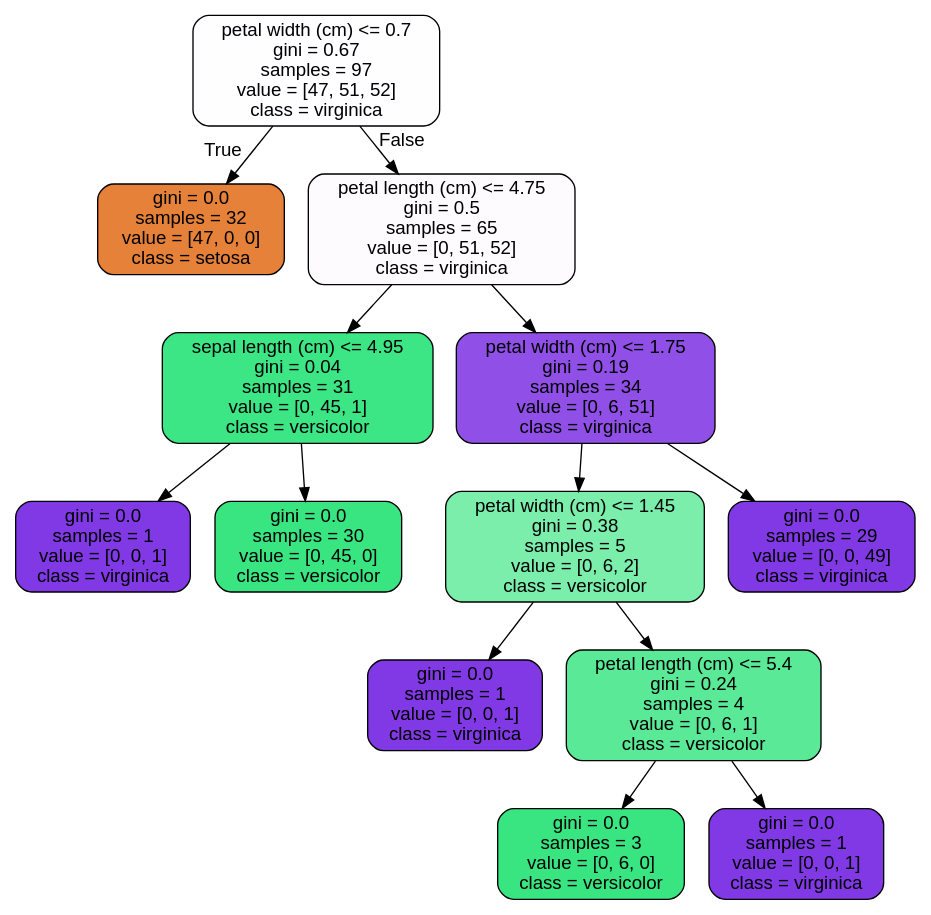
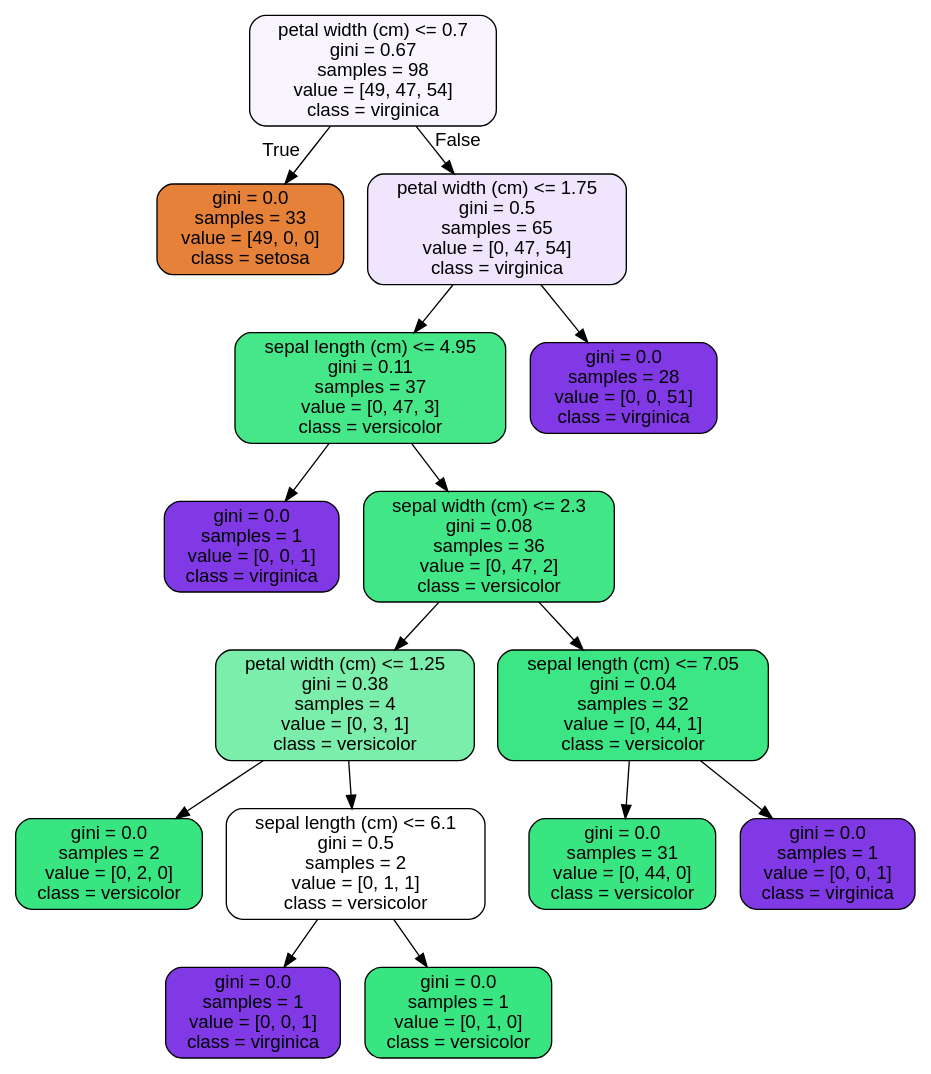
The diagram in tree.dot (willkchan/Random-Forest-Covid-Cases-Practice), drawn with Graphviz before and after one commit. The commit also changed 2 other files, not shown here.

```diff
--- a/tree.dot
+++ b/tree.dot
@@ -1,29 +1,33 @@
 digraph Tree {
 node [shape=box, style="filled, rounded", color="black", fontname=helvetica] ;
 edge [fontname=helvetica] ;
-0 [label="petal width (cm) <= 0.7\ngini = 0.67\nsamples = 97\nvalue = [47, 51, 52]\nclass = virginica", fillcolor="#fefdff"] ;
-1 [label="gini = 0.0\nsamples = 32\nvalue = [47, 0, 0]\nclass = setosa", fillcolor="#e58139"] ;
+0 [label="petal width (cm) <= 0.7\ngini = 0.67\nsamples = 98\nvalue = [49, 47, 54]\nclass = virginica", fillcolor="#f9f5fe"] ;
+1 [label="gini = 0.0\nsamples = 33\nvalue = [49, 0, 0]\nclass = setosa", fillcolor="#e58139"] ;
 0 -> 1 [labeldistance=2.5, labelangle=45, headlabel="True"] ;
-2 [label="petal length (cm) <= 4.75\ngini = 0.5\nsamples = 65\nvalue = [0, 51, 52]\nclass = virginica", fillcolor="#fdfbfe"] ;
+2 [label="petal width (cm) <= 1.75\ngini = 0.5\nsamples = 65\nvalue = [0, 47, 54]\nclass = virginica", fillcolor="#efe5fc"] ;
 0 -> 2 [labeldistance=2.5, labelangle=-45, headlabel="False"] ;
-3 [label="sepal length (cm) <= 4.95\ngini = 0.04\nsamples = 31\nvalue = [0, 45, 1]\nclass = versicolor", fillcolor="#3de684"] ;
+3 [label="sepal length (cm) <= 4.95\ngini = 0.11\nsamples = 37\nvalue = [0, 47, 3]\nclass = versicolor", fillcolor="#46e789"] ;
 2 -> 3 ;
 4 [label="gini = 0.0\nsamples = 1\nvalue = [0, 0, 1]\nclass = virginica", fillcolor="#8139e5"] ;
 3 -> 4 ;
-5 [label="gini = 0.0\nsamples = 30\nvalue = [0, 45, 0]\nclass = versicolor", fillcolor="#39e581"] ;
+5 [label="sepal width (cm) <= 2.3\ngini = 0.08\nsamples = 36\nvalue = [0, 47, 2]\nclass = versicolor", fillcolor="#41e686"] ;
 3 -> 5 ;
-6 [label="petal width (cm) <= 1.75\ngini = 0.19\nsamples = 34\nvalue = [0, 6, 51]\nclass = virginica", fillcolor="#9050e8"] ;
-2 -> 6 ;
-7 [label="petal width (cm) <= 1.45\ngini = 0.38\nsamples = 5\nvalue = [0, 6, 2]\nclass = versicolor", fillcolor="#7beeab"] ;
+6 [label="petal width (cm) <= 1.25\ngini = 0.38\nsamples = 4\nvalue = [0, 3, 1]\nclass = versicolor", fillcolor="#7beeab"] ;
+5 -> 6 ;
+7 [label="gini = 0.0\nsamples = 2\nvalue = [0, 2, 0]\nclass = versicolor", fillcolor="#39e581"] ;
 6 -> 7 ;
-8 [label="gini = 0.0\nsamples = 1\nvalue = [0, 0, 1]\nclass = virginica", fillcolor="#8139e5"] ;
-7 -> 8 ;
-9 [label="petal length (cm) <= 5.4\ngini = 0.24\nsamples = 4\nvalue = [0, 6, 1]\nclass = versicolor", fillcolor="#5ae996"] ;
-7 -> 9 ;
-10 [label="gini = 0.0\nsamples = 3\nvalue = [0, 6, 0]\nclass = versicolor", fillcolor="#39e581"] ;
-9 -> 10 ;
-11 [label="gini = 0.0\nsamples = 1\nvalue = [0, 0, 1]\nclass = virginica", fillcolor="#8139e5"] ;
-9 -> 11 ;
-12 [label="gini = 0.0\nsamples = 29\nvalue = [0, 0, 49]\nclass = virginica", fillcolor="#8139e5"] ;
-6 -> 12 ;
+8 [label="sepal length (cm) <= 6.1\ngini = 0.5\nsamples = 2\nvalue = [0, 1, 1]\nclass = versicolor", fillcolor="#ffffff"] ;
+6 -> 8 ;
+9 [label="gini = 0.0\nsamples = 1\nvalue = [0, 0, 1]\nclass = virginica", fillcolor="#8139e5"] ;
+8 -> 9 ;
+10 [label="gini = 0.0\nsamples = 1\nvalue = [0, 1, 0]\nclass = versicolor", fillcolor="#39e581"] ;
+8 -> 10 ;
+11 [label="sepal length (cm) <= 7.05\ngini = 0.04\nsamples = 32\nvalue = [0, 44, 1]\nclass = versicolor", fillcolor="#3de684"] ;
+5 -> 11 ;
+12 [label="gini = 0.0\nsamples = 31\nvalue = [0, 44, 0]\nclass = versicolor", fillcolor="#39e581"] ;
+11 -> 12 ;
+13 [label="gini = 0.0\nsamples = 1\nvalue = [0, 0, 1]\nclass = virginica", fillcolor="#8139e5"] ;
+11 -> 13 ;
+14 [label="gini = 0.0\nsamples = 28\nvalue = [0, 0, 51]\nclass = virginica", fillcolor="#8139e5"] ;
+2 -> 14 ;
 }
```
